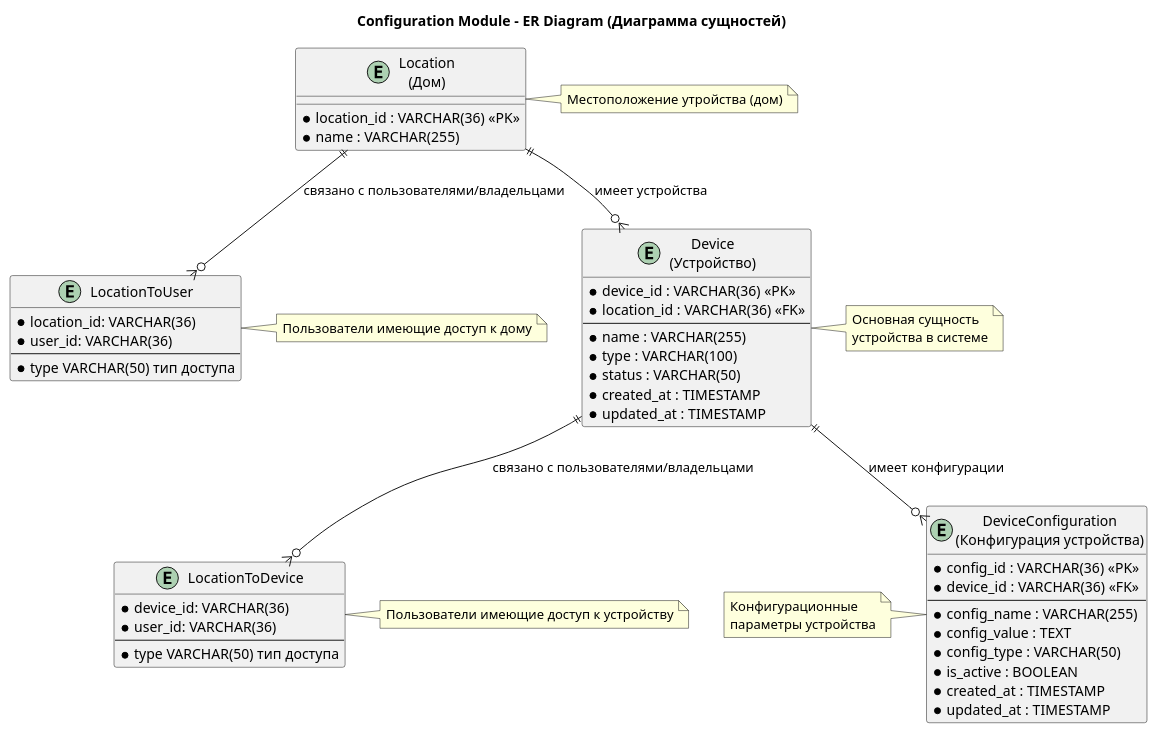
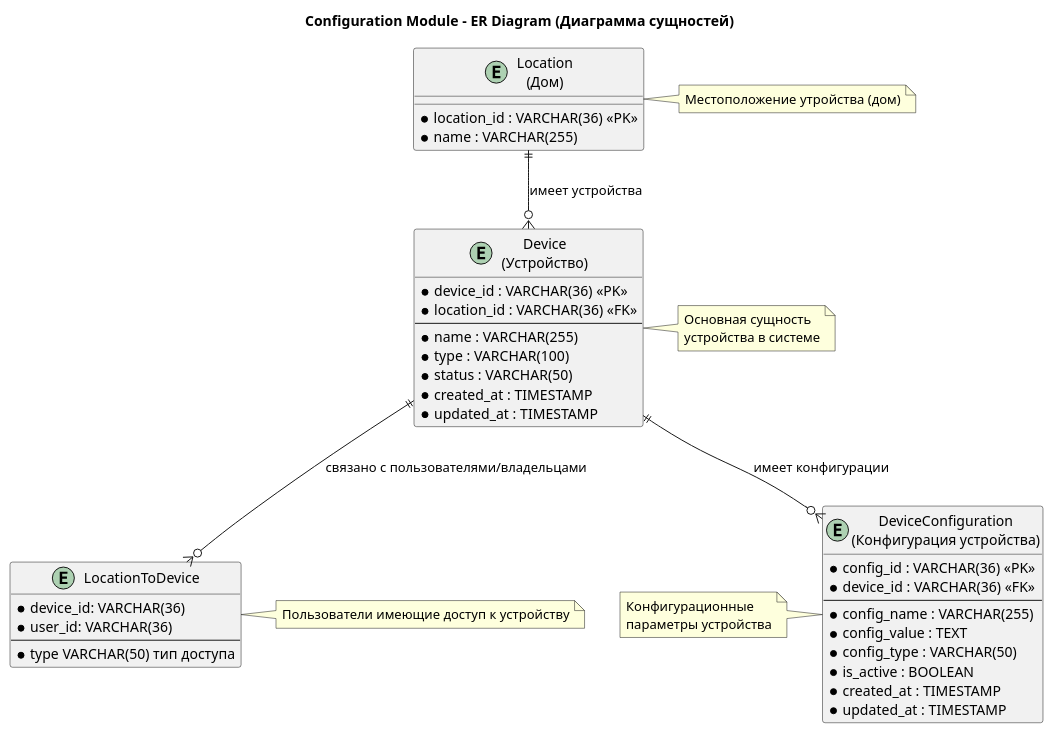
Before and after one commit to meramidtest/architecture-warmhouse: the diagram in schemas/configuration_module_er.puml, drawn with PlantUML. The commit also changed 17 other files, not shown here.

```diff
--- a/schemas/configuration_module_er.puml
+++ b/schemas/configuration_module_er.puml
@@ -1,67 +1,56 @@
 @startuml
 title Configuration Module - ER Diagram (Диаграмма сущностей)
 
 ' Дом
 entity "Location\n(Дом)" as location {
     * location_id : VARCHAR(36) <<PK>>
     * name : VARCHAR(255)
 }
 
 note right of location : Местоположение утройства (дом)
-
-entity "LocationToUser" as locationToUser {
-    * location_id: VARCHAR(36)
-    * user_id: VARCHAR(36)
-    --
-    * type VARCHAR(50) тип доступа
-}
-
-note right of locationToUser : Пользователи имеющие доступ к дому
-
-location ||--o{ locationToUser : "связано с пользователями/владельцами"
 
 ' Сущность устройства
 entity "Device\n(Устройство)" as device {
     * device_id : VARCHAR(36) <<PK>>
     * location_id : VARCHAR(36) <<FK>>
     --
     * name : VARCHAR(255)
     * type : VARCHAR(100)
     * status : VARCHAR(50)
     * created_at : TIMESTAMP
     * updated_at : TIMESTAMP
 }
 
 entity "LocationToDevice" as locationToDevice {
     * device_id: VARCHAR(36)
     * user_id: VARCHAR(36)
     --
     * type VARCHAR(50) тип доступа
 }
 
 note right of locationToDevice : Пользователи имеющие доступ к устройству
 
 device ||--o{ locationToDevice : "связано с пользователями/владельцами"
 
 ' Сущность конфигурации устройства
 entity "DeviceConfiguration\n(Конфигурация устройства)" as config {
     * config_id : VARCHAR(36) <<PK>>
     * device_id : VARCHAR(36) <<FK>>
     --
     * config_name : VARCHAR(255)
     * config_value : TEXT
     * config_type : VARCHAR(50)
     * is_active : BOOLEAN
     * created_at : TIMESTAMP
     * updated_at : TIMESTAMP
 }
 
 ' Связи между сущностями
 device ||--o{ config : "имеет конфигурации"
 location ||--o{ device : "имеет устройства"
 
 note right of device : Основная сущность\nустройства в системе
 
 note left of config : Конфигурационные\nпараметры устройства
 
 @enduml 
```
